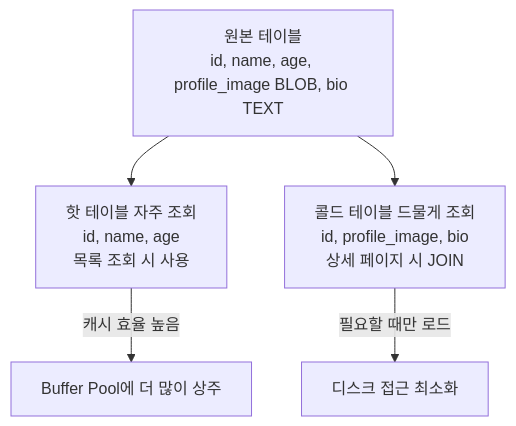
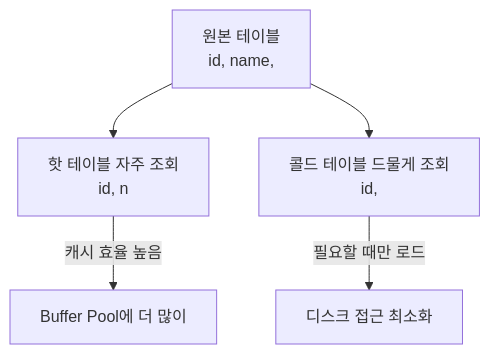
One commit to yjkim2015/yjkim2015.github.io changed the third of 4 diagrams in _posts/db/2026-05-01-db-partitioning.md. Above: the diagram before and after it, drawn with Mermaid. The commit also changed other lines of this file and 271 other files, not shown here.

First line of the commit message:
Mermaid 라벨 축소: 긴 노드 텍스트 18자 이하로 트림 + \n 제거

````diff
--- a/_posts/db/2026-05-01-db-partitioning.md
+++ b/_posts/db/2026-05-01-db-partitioning.md
@@ -73,8 +73,8 @@
 ```mermaid
 graph TD
-    Original["원본 테이블\nid, name, age, profile_image BLOB, bio TEXT"]
-    Original --> Hot["핫 테이블 자주 조회\nid, name, age\n목록 조회 시 사용"]
-    Original --> Cold["콜드 테이블 드물게 조회\nid, profile_image, bio\n상세 페이지 시 JOIN"]
-    Hot -->|"캐시 효율 높음"| BufferPool["Buffer Pool에 더 많이 상주"]
+    Original["원본 테이블\nid, name,"]
+    Original --> Hot["핫 테이블 자주 조회\nid, n"]
+    Original --> Cold["콜드 테이블 드물게 조회\nid,"]
+    Hot -->|"캐시 효율 높음"| BufferPool["Buffer Pool에 더 많이"]
     Cold -->|"필요할 때만 로드"| Disk["디스크 접근 최소화"]
 ```
````
